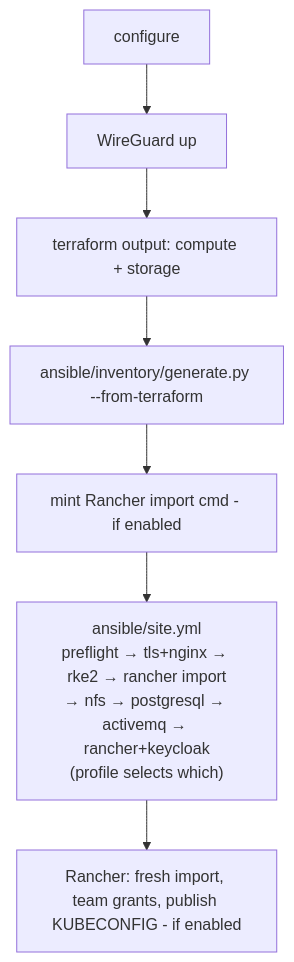
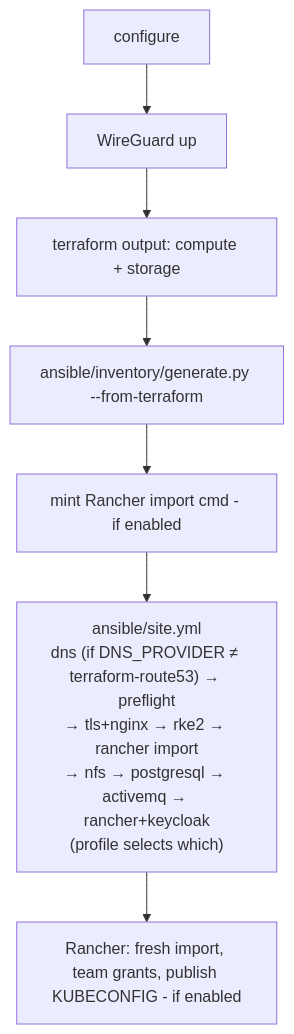
The first of 3 diagrams in .github/workflows/README.md (mosip/infra), drawn with Mermaid before and after one commit. The commit also changed other lines of this file and 28 other files, not shown here.

First line of the commit message:
feat(ansible): provider-agnostic DNS records (GoDaddy, RFC 2136, Cloudflare, Route53, manual)

````diff
--- a/.github/workflows/README.md
+++ b/.github/workflows/README.md
@@ -124,9 +125,9 @@
 ```mermaid
 graph TD
     A[configure] --> B[WireGuard up]
     B --> C[terraform output: compute + storage]
     C --> D[ansible/inventory/generate.py --from-terraform]
     D --> E[mint Rancher import cmd - if enabled]
-    E --> F["ansible/site.yml<br/>preflight → tls+nginx → rke2 → rancher import<br/>→ nfs → postgresql → activemq → rancher+keycloak<br/>(profile selects which)"]
+    E --> F["ansible/site.yml<br/>dns (if DNS_PROVIDER ≠ terraform-route53) → preflight<br/>→ tls+nginx → rke2 → rancher import<br/>→ nfs → postgresql → activemq → rancher+keycloak<br/>(profile selects which)"]
     F --> G[Rancher: fresh import, team grants, publish KUBECONFIG - if enabled]
 ```
````
